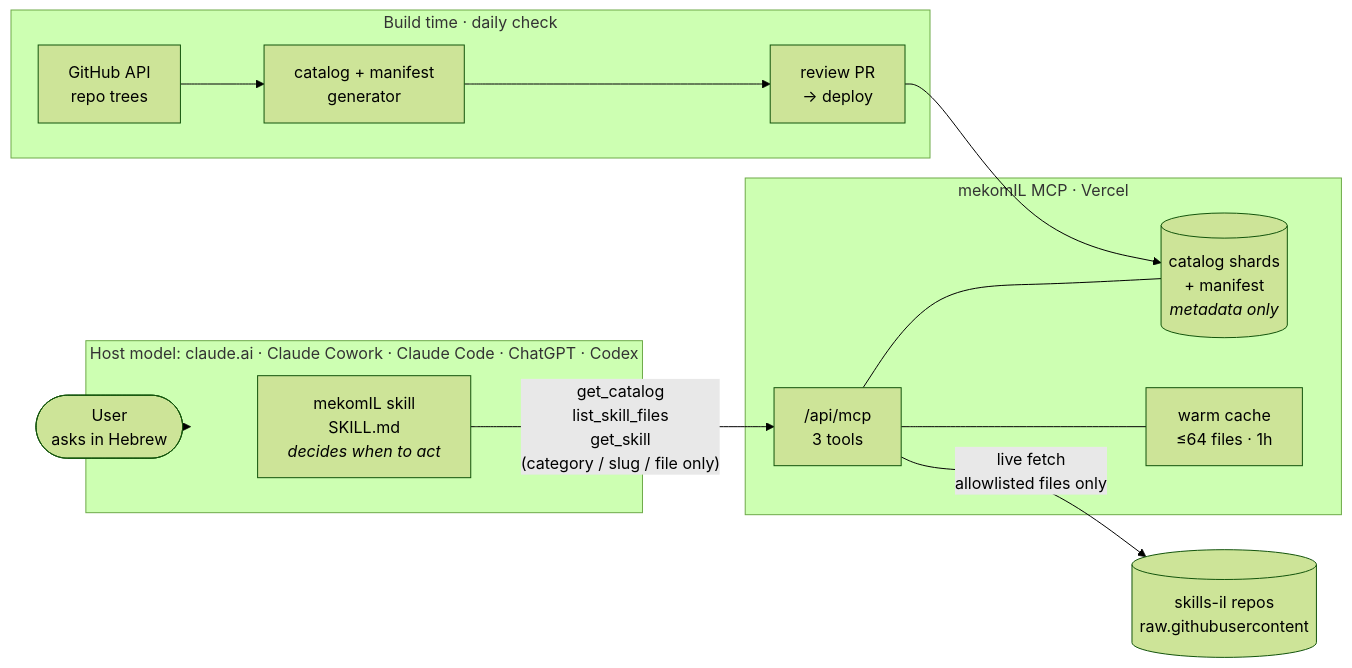
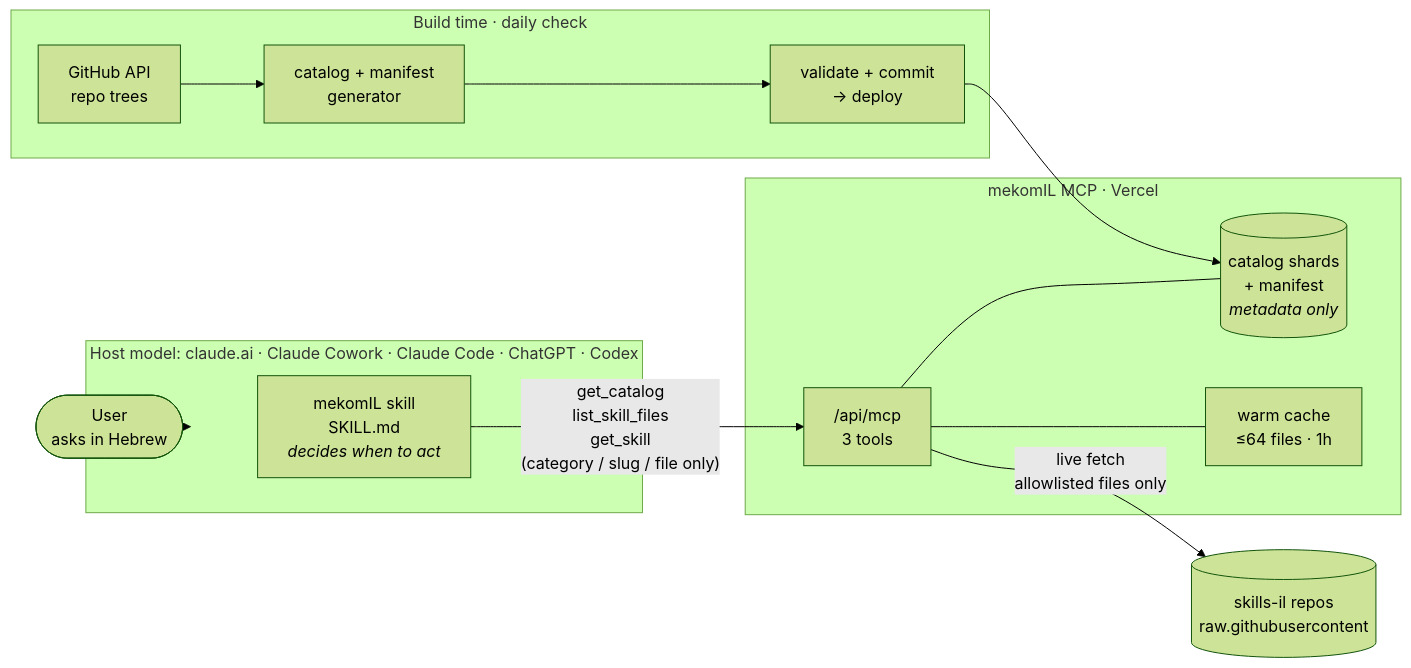
Before and after one commit to ilanvys/mekomil: the first of 3 diagrams in README.md, drawn with Mermaid (forest theme). The commit also changed 7 other files, not shown here.

````diff
--- a/README.md
+++ b/README.md
@@ -99,25 +99,25 @@
 ```mermaid
 flowchart LR
   U(["User<br/>asks in Hebrew"]) --> H
 
   subgraph H["Host model: claude.ai · Claude Cowork · Claude Code · ChatGPT · Codex"]
     S["mekomIL skill<br/>SKILL.md<br/><i>decides when to act</i>"]
   end
 
   S -- "get_catalog<br/>list_skill_files<br/>get_skill<br/>(category / slug / file only)" --> M
 
   subgraph V["mekomIL MCP · Vercel"]
     M["/api/mcp<br/>3 tools"]
     D[("catalog shards<br/>+ manifest<br/><i>metadata only</i>")]
     C["warm cache<br/>≤64 files · 1h"]
     M --- D
     M --- C
   end
 
   M -- "live fetch<br/>allowlisted files only" --> R[("skills-il repos<br/>raw.githubusercontent")]
 
   subgraph B["Build time · daily check"]
-    G["GitHub API<br/>repo trees"] --> P["catalog + manifest<br/>generator"] --> Q["review PR<br/>→ deploy"]
+    G["GitHub API<br/>repo trees"] --> P["catalog + manifest<br/>generator"] --> Q["validate + commit<br/>→ deploy"]
   end
   Q --> D
 ```
````
